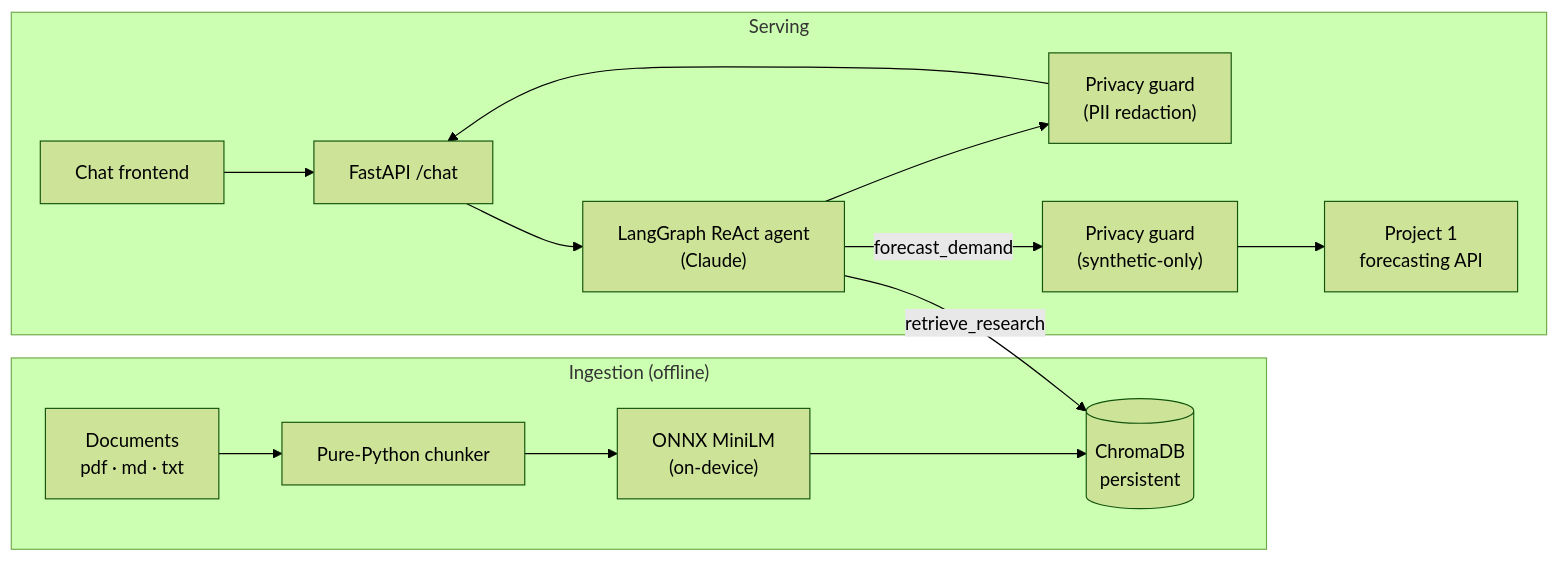
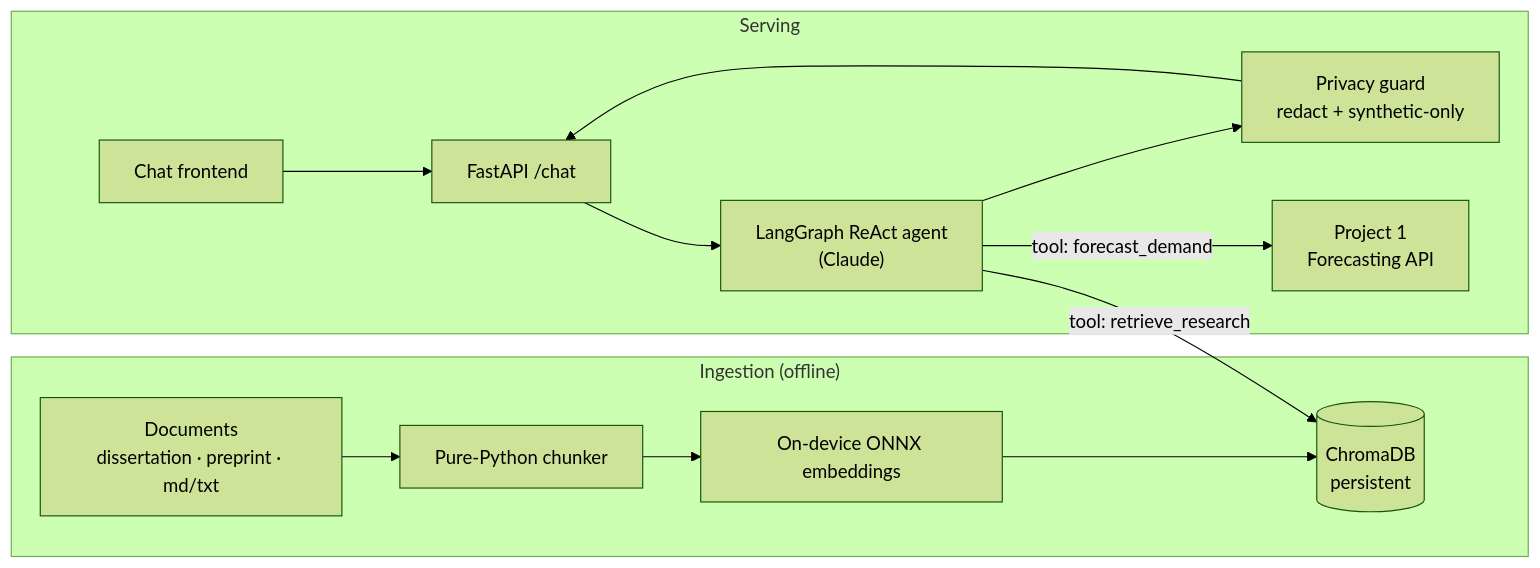
One commit to minhazda/privacy-preserving-rag-agent changed the diagram in README.md. Above: the diagram before and after it, drawn with Mermaid (forest theme). The commit also changed other lines of this file and 3 other files, not shown here.

````diff
--- a/README.md
+++ b/README.md
@@ -36,18 +35,18 @@
 ```mermaid
 flowchart LR
     subgraph Ingest["Ingestion (offline)"]
-        DOCS["Documents<br/>pdf · md · txt"] --> CHUNK["Pure-Python chunker"]
-        CHUNK --> EMB["ONNX MiniLM<br/>(on-device)"]
-        EMB --> CHROMA[("ChromaDB<br/>persistent")]
+        DOCS["Documents<br/>dissertation · preprint · md/txt"]
+        CHUNK["Pure-Python chunker"]
+        EMB["On-device ONNX embeddings"]
+        DOCS --> CHUNK --> EMB --> VS[("ChromaDB<br/>persistent")]
     end
 
-    subgraph Serving["Serving"]
+    subgraph Serve["Serving"]
         UI["Chat frontend"] --> API["FastAPI /chat"]
         API --> AGENT["LangGraph ReAct agent<br/>(Claude)"]
-        AGENT -->|retrieve_research| CHROMA
-        AGENT -->|forecast_demand| GUARD1["Privacy guard<br/>(synthetic-only)"]
-        GUARD1 --> F1["Project 1<br/>forecasting API"]
-        AGENT --> GUARD2["Privacy guard<br/>(PII redaction)"]
-        GUARD2 --> API
+        AGENT -->|tool: retrieve_research| VS
+        AGENT -->|tool: forecast_demand| FAPI["Project 1<br/>Forecasting API"]
+        AGENT --> GUARD["Privacy guard<br/>redact + synthetic-only"]
+        GUARD --> API
     end
 ```
````
